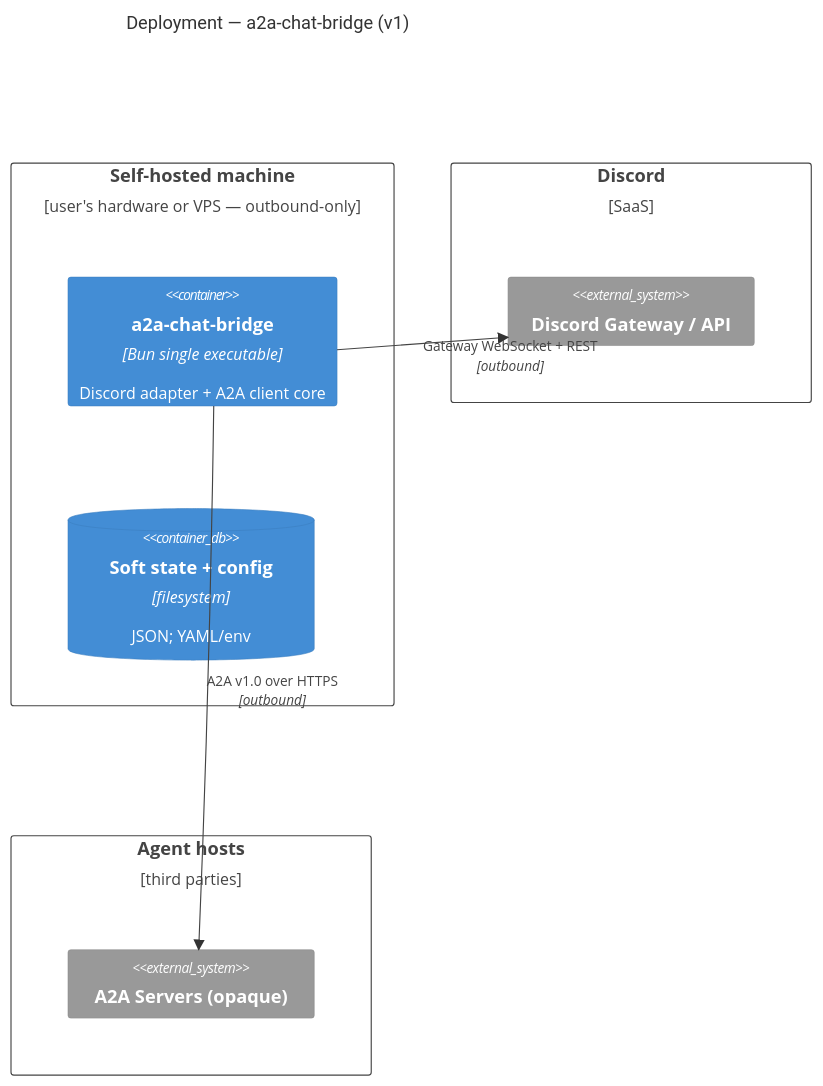
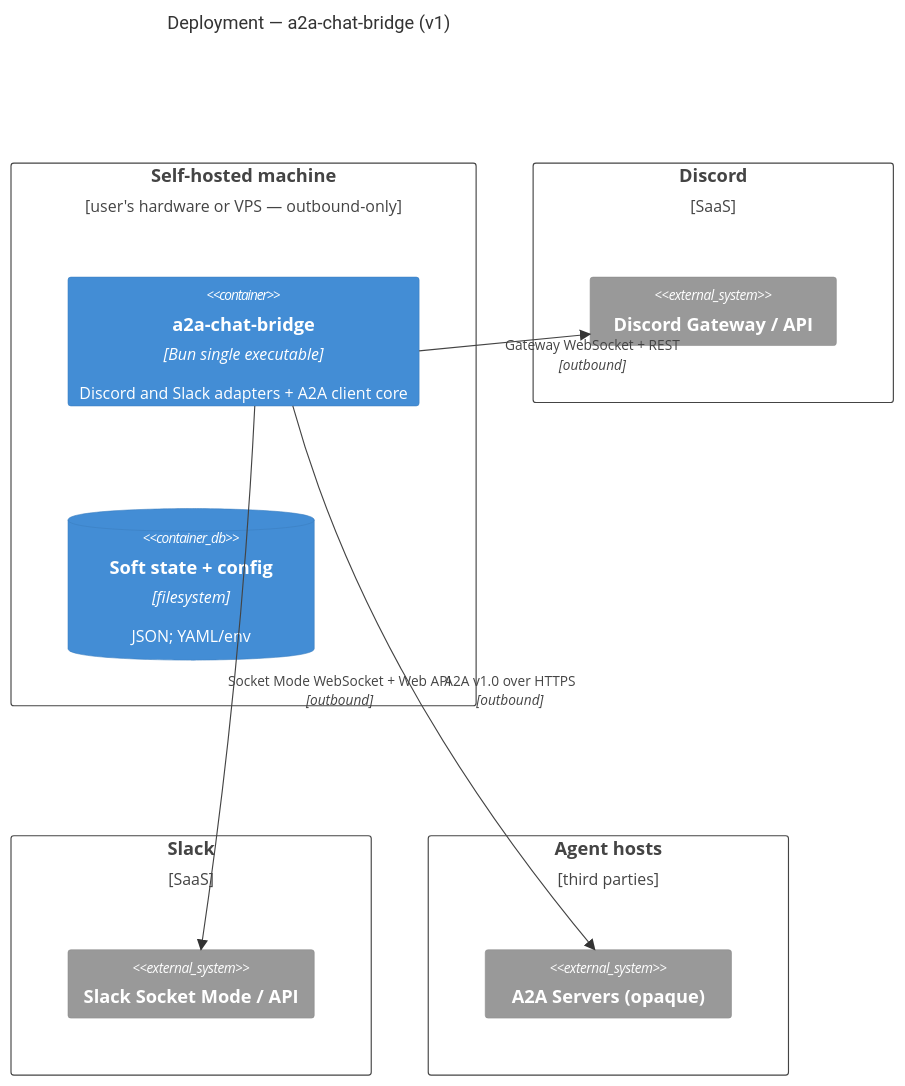
One commit to CognicellAI/a2a-chat-bridge changed the diagram in docs/architecture/04-deployment.md. Above: the diagram before and after it, drawn with Mermaid. The commit also changed other lines of this file and 10 other files, not shown here.

````diff
--- a/docs/architecture/04-deployment.md
+++ b/docs/architecture/04-deployment.md
@@ -7,20 +7,25 @@
 ```mermaid
 C4Deployment
     title Deployment — a2a-chat-bridge (v1)
 
     Deployment_Node(host, "Self-hosted machine", "user's hardware or VPS — outbound-only") {
-        Container(app, "a2a-chat-bridge", "Bun single executable", "Discord adapter + A2A client core")
+        Container(app, "a2a-chat-bridge", "Bun single executable", "Discord and Slack adapters + A2A client core")
         ContainerDb(state, "Soft state + config", "filesystem", "JSON; YAML/env")
     }
 
     Deployment_Node(discordCloud, "Discord", "SaaS") {
         System_Ext(discord, "Discord Gateway / API")
     }
 
+    Deployment_Node(slackCloud, "Slack", "SaaS") {
+        System_Ext(slack, "Slack Socket Mode / API")
+    }
+
     Deployment_Node(agentHosts, "Agent hosts", "third parties") {
         System_Ext(agents, "A2A Servers (opaque)")
     }
 
     Rel(app, discord, "Gateway WebSocket + REST", "outbound")
+    Rel(app, slack, "Socket Mode WebSocket + Web API", "outbound")
     Rel(app, agents, "A2A v1.0 over HTTPS", "outbound")
 ```
````
